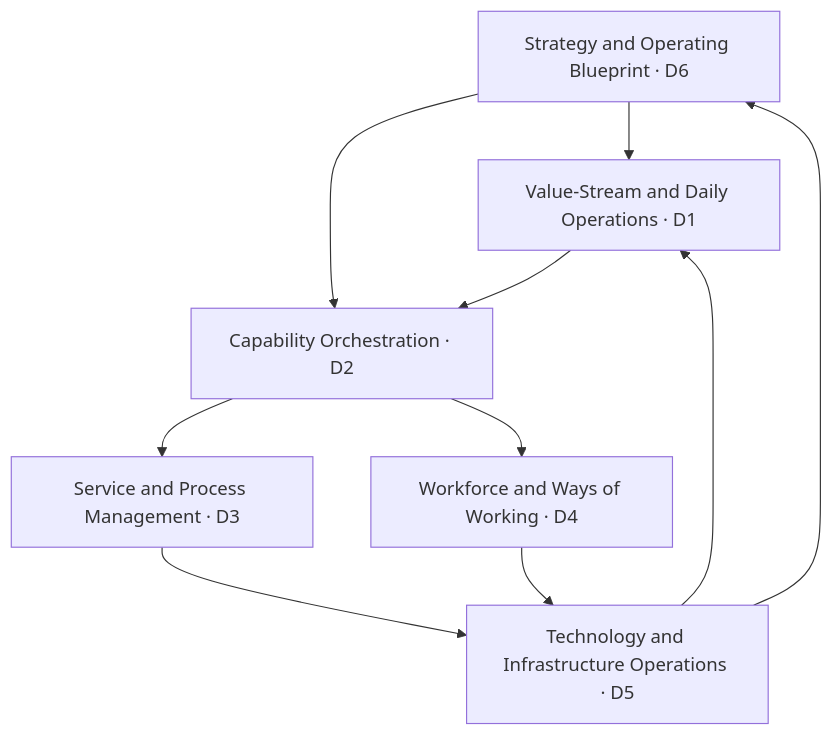
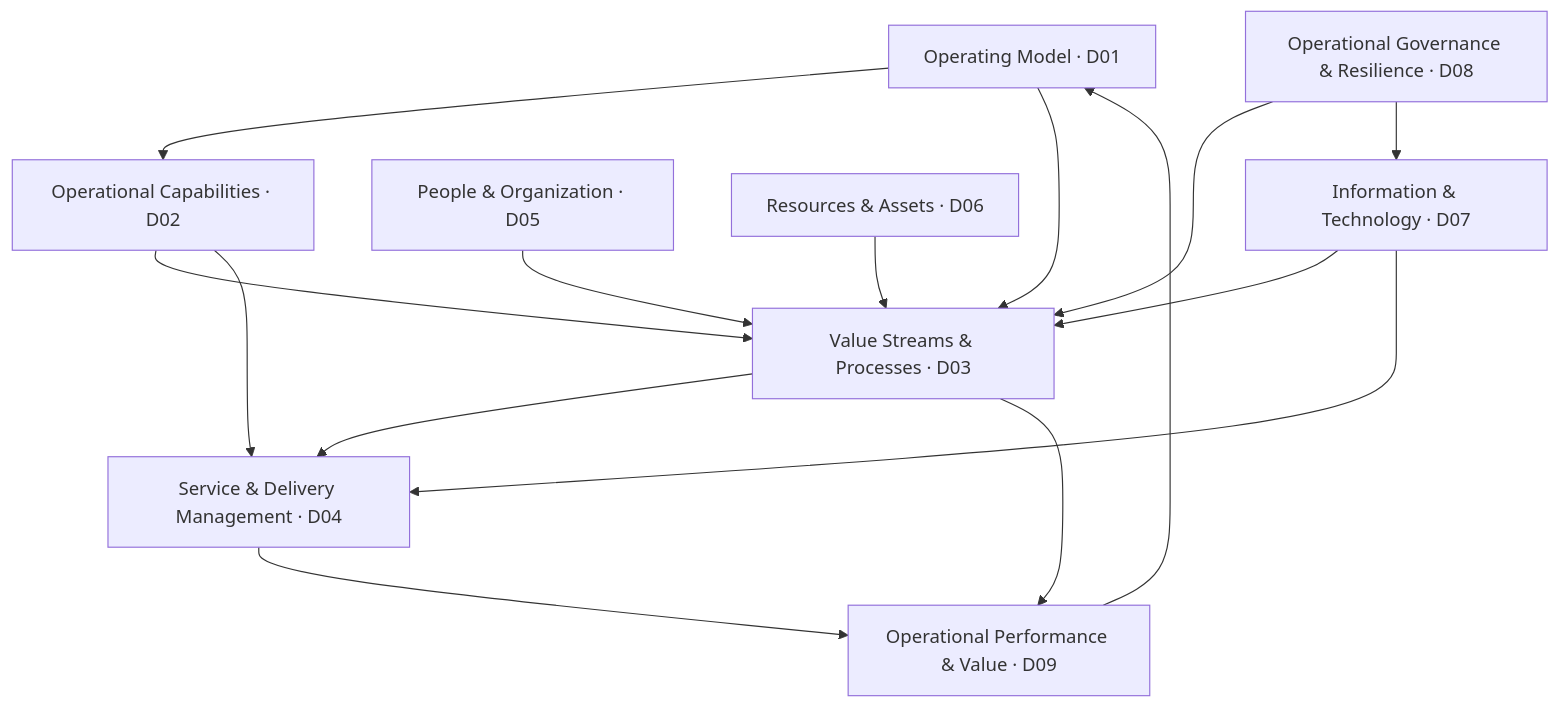
One commit to Assessment-Models/maturity-model-operations changed the diagram in README.md. Above: the diagram before and after it, drawn with Mermaid. The commit also changed other lines of this file and 1 other file, not shown here.

````diff
--- a/README.md
+++ b/README.md
@@ -58,12 +64,17 @@
 ```mermaid
 flowchart TB
-    S["Strategy and Operating Blueprint · D6"] --> V["Value-Stream and Daily Operations · D1"]
-    S --> C["Capability Orchestration · D2"]
-    V --> C
-    C --> P["Service and Process Management · D3"]
-    C --> W["Workforce and Ways of Working · D4"]
-    P --> T["Technology and Infrastructure Operations · D5"]
-    W --> T
-    T --> V
-    T --> S
+    OM["Operating Model · D01"] --> CAP["Operational Capabilities · D02"]
+    OM --> VS["Value Streams & Processes · D03"]
+    CAP --> VS
+    VS --> SVC["Service & Delivery Management · D04"]
+    CAP --> SVC
+    PEO["People & Organization · D05"] --> VS
+    RES["Resources & Assets · D06"] --> VS
+    IT["Information & Technology · D07"] --> VS
+    IT --> SVC
+    GOV["Operational Governance & Resilience · D08"] --> VS
+    GOV --> IT
+    VS --> PV["Operational Performance & Value · D09"]
+    SVC --> PV
+    PV --> OM
 ```
````
